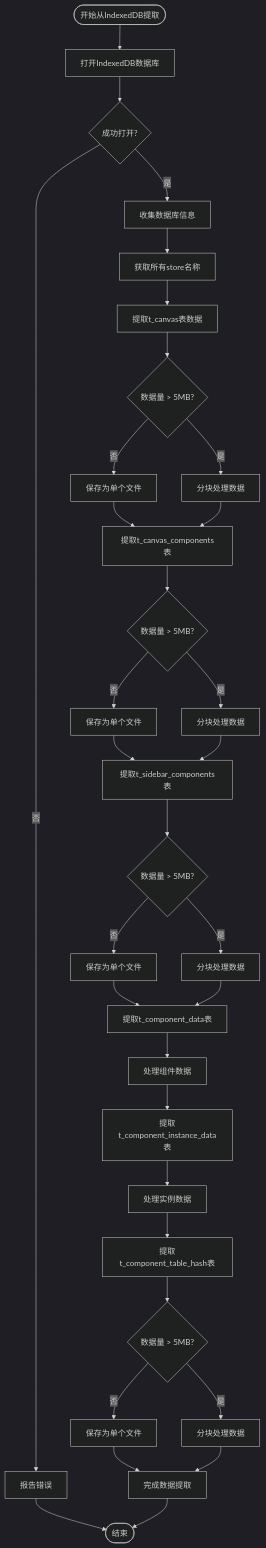
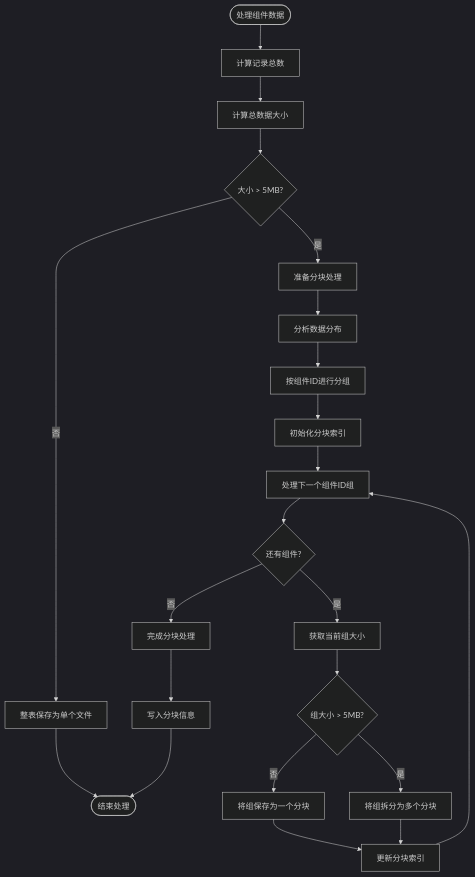
Before and after one commit to yingjianzh/iodraw-files: the diagram in all/未命名-52.md, drawn with Mermaid (dark theme).

Commit message:
2025-05-09 14:15:37 update

````diff
--- a/all/未命名-52.md
+++ b/all/未命名-52.md
@@ -1,49 +1,33 @@
 ```mermaid
 flowchart TD
-    Start([开始从IndexedDB提取]) --> OpenDB[打开IndexedDB数据库]
-    OpenDB --> OpenResult{成功打开?}
+    Start([处理组件数据]) --> CountRecords[计算记录总数]
+    CountRecords --> CalculateSize[计算总数据大小]
     
-    OpenResult -->|否| ReportError[报告错误]
-    OpenResult -->|是| CollectDBInfo[收集数据库信息]
+    CalculateSize --> SizeCheck{大小 > 5MB?}
+    SizeCheck -->|否| SaveWhole[整表保存为单个文件]
+    SizeCheck -->|是| PrepareChunking[准备分块处理]
     
-    ReportError --> End([结束])
+    SaveWhole --> End([结束处理])
     
-    CollectDBInfo --> StoreNames[获取所有store名称]
-    StoreNames --> ExtractCanvas[提取t_canvas表数据]
+    PrepareChunking --> AnalyzeDistribution[分析数据分布]
+    AnalyzeDistribution --> GroupByComponent[按组件ID进行分组]
     
-    ExtractCanvas --> ProcessCanvas{数据量 > 5MB?}
-    ProcessCanvas -->|否| SaveSingleFile1[保存为单个文件]
-    ProcessCanvas -->|是| ChunkData1[分块处理数据]
+    GroupByComponent --> InitChunkIndex[初始化分块索引]
+    InitChunkIndex --> ProcessNextGroup[处理下一个组件ID组]
     
-    SaveSingleFile1 --> ExtractCanvasComp[提取t_canvas_components表]
-    ChunkData1 --> ExtractCanvasComp
+    ProcessNextGroup --> HasMoreGroups{还有组件?}
+    HasMoreGroups -->|否| FinalizeChunks[完成分块处理]
+    HasMoreGroups -->|是| GetGroupSize[获取当前组大小]
     
-    ExtractCanvasComp --> ProcessCanvasComp{数据量 > 5MB?}
-    ProcessCanvasComp -->|否| SaveSingleFile2[保存为单个文件]
-    ProcessCanvasComp -->|是| ChunkData2[分块处理数据]
+    GetGroupSize --> GroupSizeCheck{组大小 > 5MB?}
+    GroupSizeCheck -->|否| SaveGroup[将组保存为一个分块]
+    GroupSizeCheck -->|是| SplitGroup[将组拆分为多个分块]
     
-    SaveSingleFile2 --> ExtractSidebar[提取t_sidebar_components表]
-    ChunkData2 --> ExtractSidebar
+    SaveGroup --> UpdateIndex[更新分块索引]
+    SplitGroup --> UpdateIndex
     
-    ExtractSidebar --> ProcessSidebar{数据量 > 5MB?}
-    ProcessSidebar -->|否| SaveSingleFile3[保存为单个文件]
-    ProcessSidebar -->|是| ChunkData3[分块处理数据]
+    UpdateIndex --> ProcessNextGroup
     
-    SaveSingleFile3 --> ExtractComponentData[提取t_component_data表]
-    ChunkData3 --> ExtractComponentData
-    
-    ExtractComponentData --> ProcessCompData[处理组件数据]
-    ProcessCompData --> ExtractInstanceData[提取t_component_instance_data表]
-    
-    ExtractInstanceData --> ProcessInstanceData[处理实例数据]
-    ProcessInstanceData --> ExtractHashTables[提取t_component_table_hash表]
-    
-    ExtractHashTables --> ProcessHash{数据量 > 5MB?}
-    ProcessHash -->|否| SaveSingleFile4[保存为单个文件]
-    ProcessHash -->|是| ChunkData4[分块处理数据]
-    
-    SaveSingleFile4 --> CompleteExtraction[完成数据提取]
-    ChunkData4 --> CompleteExtraction
-    
-    CompleteExtraction --> End
+    FinalizeChunks --> WriteChunkInfo[写入分块信息]
+    WriteChunkInfo --> End
 ```
````
